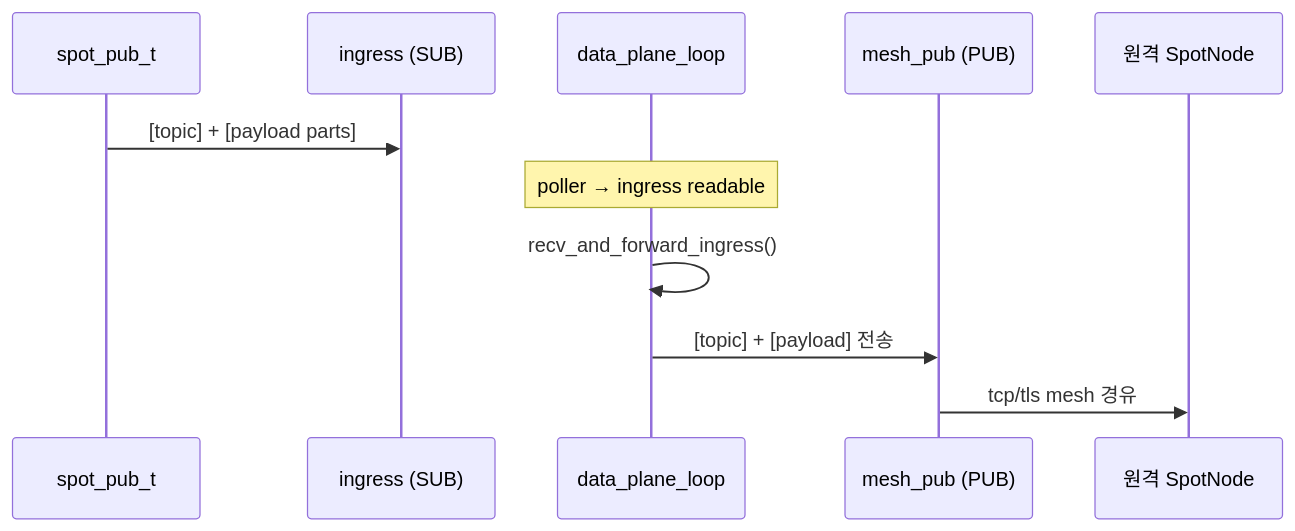
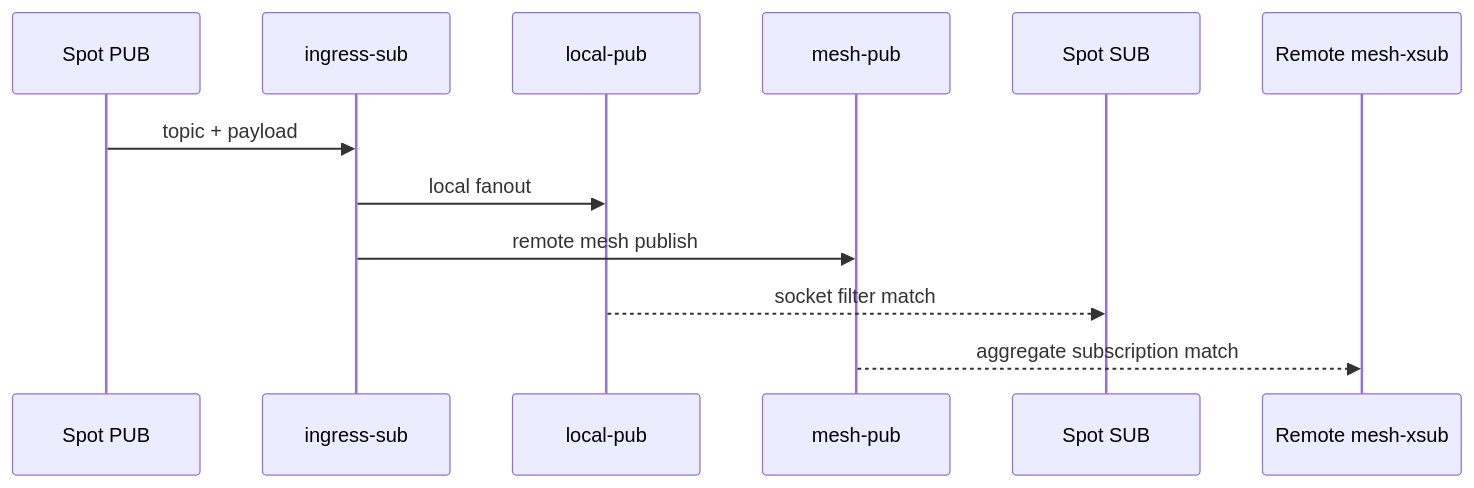
The third of 5 diagrams in doc/site/docs/internals/spot-internals.ko.md (kairos-code-dev/zlink), drawn with Mermaid before and after one commit. The commit also changed other lines of this file and 117 other files, not shown here.

````diff
--- a/doc/site/docs/internals/spot-internals.ko.md
+++ b/doc/site/docs/internals/spot-internals.ko.md
@@ -209,16 +120,15 @@
 ```mermaid
 sequenceDiagram
-    participant Pub as spot_pub_t
-    participant Ingress as ingress (SUB)
-    participant DP as data_plane_loop
-    participant MeshPub as mesh_pub (PUB)
-    participant Remote as 원격 SpotNode
+    participant Pub as Spot PUB
+    participant In as ingress-sub
+    participant Local as local-pub
+    participant Mesh as mesh-pub
+    participant Sub as Spot SUB
+    participant Peer as Remote mesh-xsub
 
-    Pub->>Ingress: [topic] + [payload parts]
-    Note over DP: poller → ingress readable
-    DP->>DP: recv_and_forward_ingress()
-
-    DP->>MeshPub: [topic] + [payload] 전송
-
-    MeshPub->>Remote: tcp/tls mesh 경유
+    Pub->>In: topic + payload
+    In->>Local: local fanout
+    In->>Mesh: remote mesh publish
+    Local-->>Sub: socket filter match
+    Mesh-->>Peer: aggregate subscription match
 ```
````
